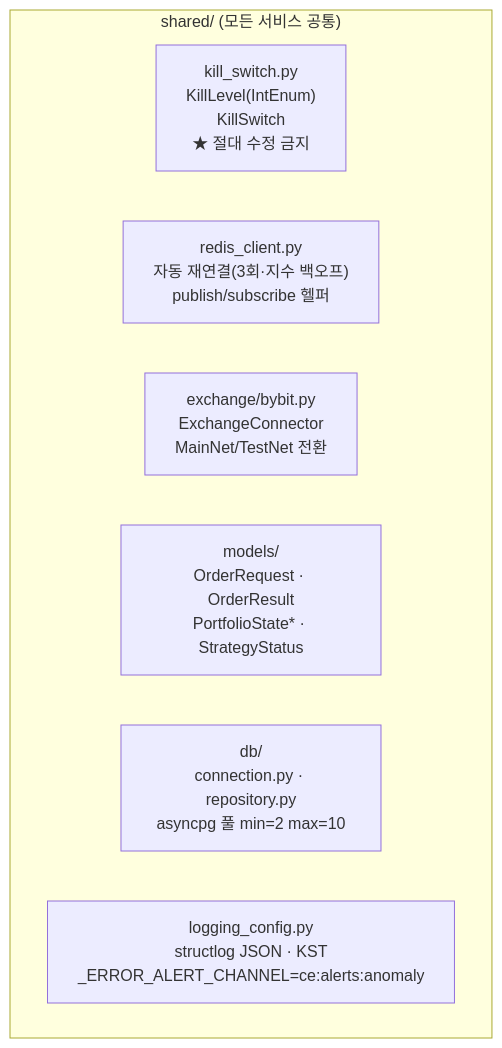
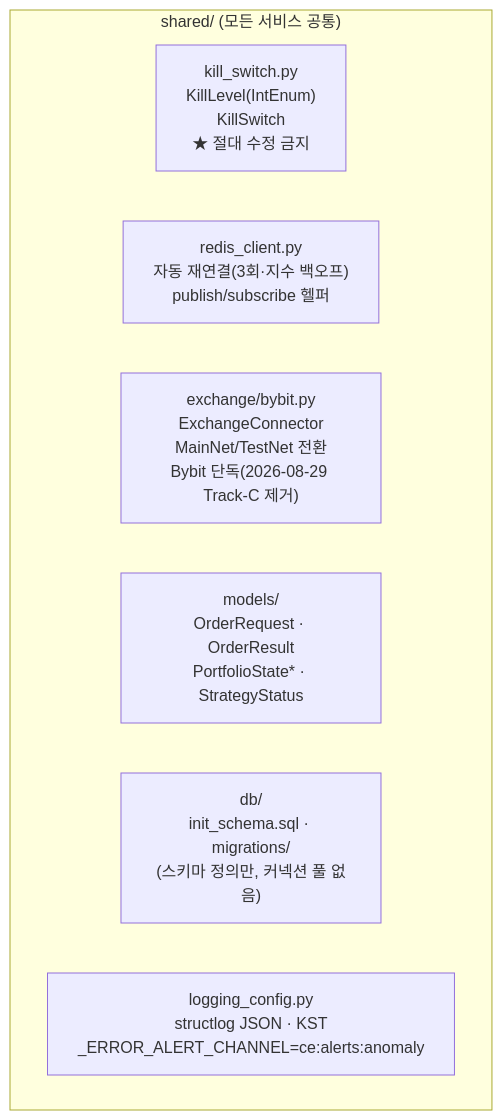
The fourth of 4 diagrams in docs/30-components/components.md (Justant-source/Bit-Mania), drawn with Mermaid before and after one commit. The commit also changed other lines of this file and 1149 other files, not shown here.

````diff
--- a/docs/30-components/components.md
+++ b/docs/30-components/components.md
@@ -153,11 +153,11 @@
 ```mermaid
 flowchart TB
   subgraph shared["shared/ (모든 서비스 공통)"]
     ks["kill_switch.py<br/>KillLevel(IntEnum)<br/>KillSwitch<br/>★ 절대 수정 금지"]
     rc["redis_client.py<br/>자동 재연결(3회·지수 백오프)<br/>publish/subscribe 헬퍼"]
-    bybit_ex["exchange/bybit.py<br/>ExchangeConnector<br/>MainNet/TestNet 전환"]
+    bybit_ex["exchange/bybit.py<br/>ExchangeConnector<br/>MainNet/TestNet 전환<br/>Bybit 단독(2026-08-29 Track-C 제거)"]
     models["models/<br/>OrderRequest · OrderResult<br/>PortfolioState* · StrategyStatus"]
-    db["db/<br/>connection.py · repository.py<br/>asyncpg 풀 min=2 max=10"]
+    db["db/<br/>init_schema.sql · migrations/<br/>(스키마 정의만, 커넥션 풀 없음)"]
     log["logging_config.py<br/>structlog JSON · KST<br/>_ERROR_ALERT_CHANNEL=ce:alerts:anomaly"]
   end
 ```
````
